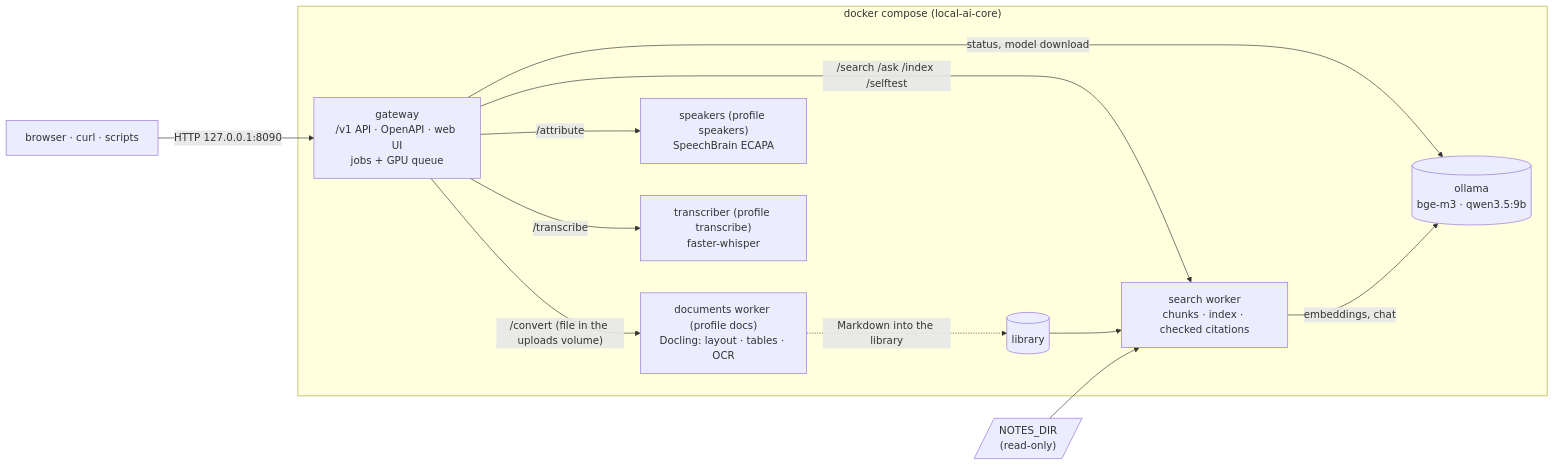
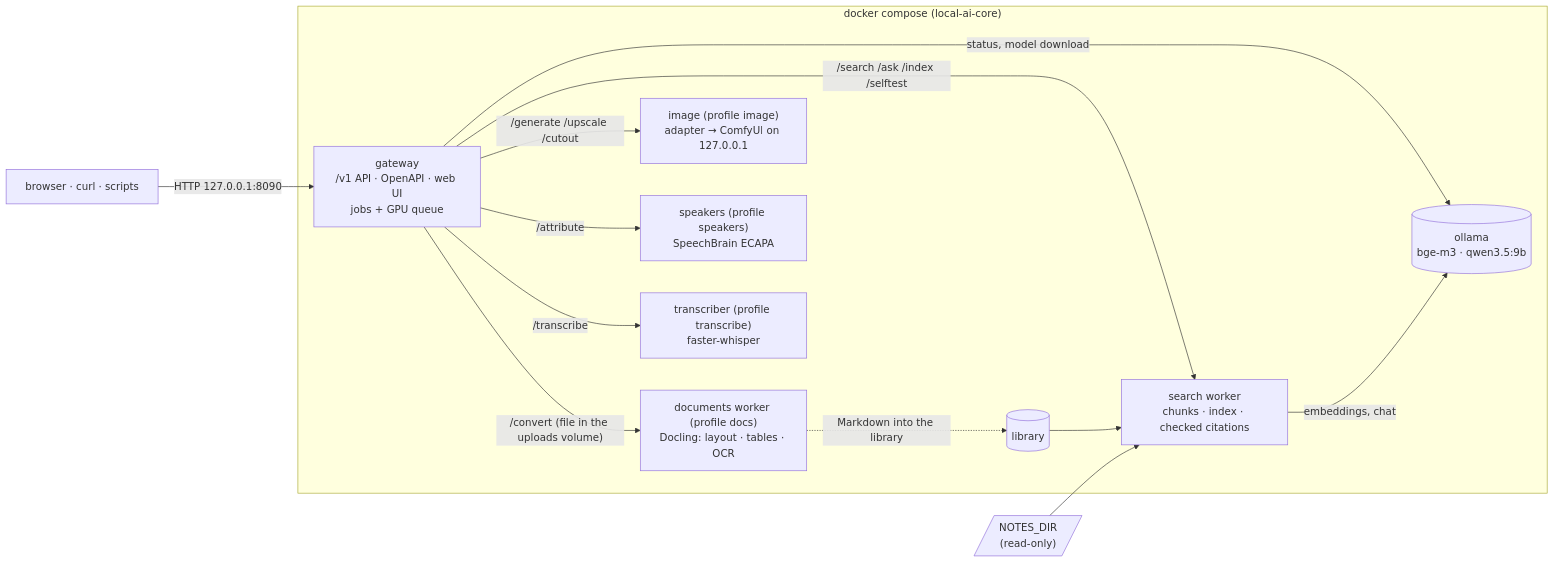
Before and after one commit to manzolo/local-ai-core: the first of 2 diagrams in docs/architecture.md, drawn with Mermaid. The commit also changed other lines of this file and 50 other files, not shown here.

````diff
--- a/docs/architecture.md
+++ b/docs/architecture.md
@@ -8,21 +8,23 @@
 ```mermaid
 flowchart LR
     U["browser · curl · scripts"] -->|"HTTP 127.0.0.1:8090"| G
     subgraph stack["docker compose (local-ai-core)"]
         G["gateway<br/>/v1 API · OpenAPI · web UI<br/>jobs + GPU queue"]
         S["search worker<br/>chunks · index · checked citations"]
         D["documents worker (profile docs)<br/>Docling: layout · tables · OCR"]
         G -->|"/convert (file in the uploads volume)"| D
         TR["transcriber (profile transcribe)<br/>faster-whisper"]
         SP["speakers (profile speakers)<br/>SpeechBrain ECAPA"]
         G -->|"/transcribe"| TR
         G -->|"/attribute"| SP
+        IM["image (profile image)<br/>adapter → ComfyUI on 127.0.0.1"]
+        G -->|"/generate /upscale /cutout"| IM
         D -.->|"Markdown into the library"| L[("library")]
         L --> S
         O[("ollama<br/>bge-m3 · qwen3.5:9b")]
         G -->|"/search /ask /index /selftest"| S
         S -->|"embeddings, chat"| O
         G -->|"status, model download"| O
     end
     N[/"NOTES_DIR<br/>(read-only)"/] --> S
 ```
````
